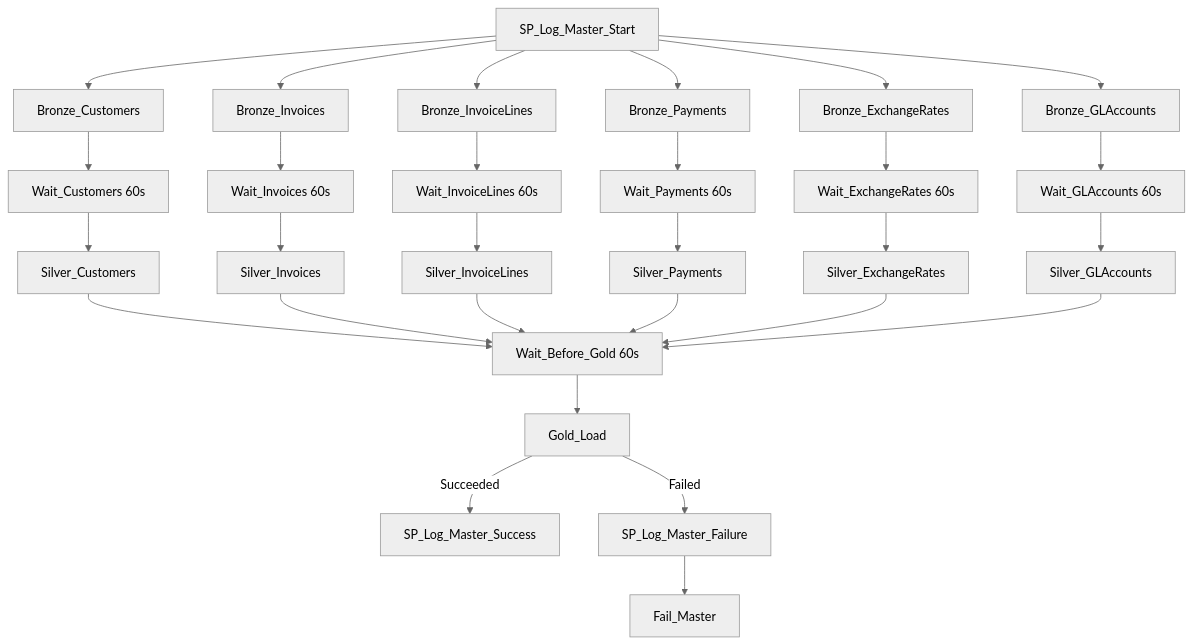
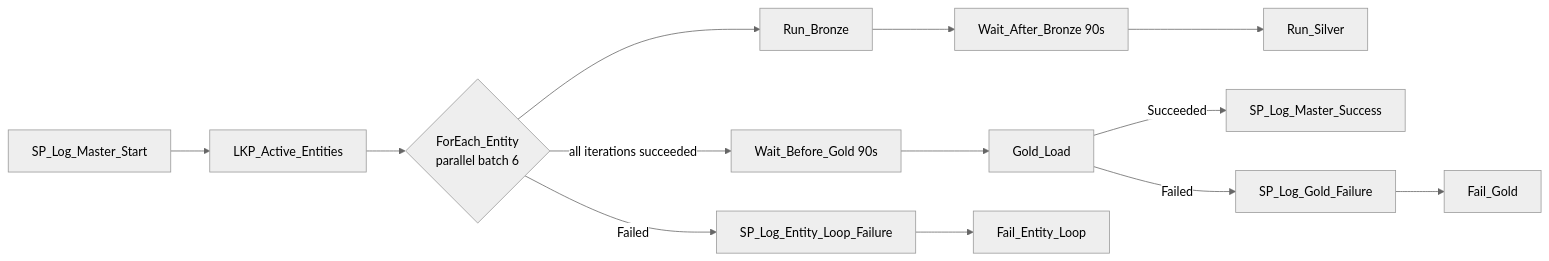
Before and after one commit to hSushmithaShetty13/fabric-finance-poc-practice: the diagram in 04-pipelines/pl_master_orchestrator.md, drawn with Mermaid (neutral theme). The commit also changed other lines of this file and 5 other files, not shown here.

````diff
--- a/04-pipelines/pl_master_orchestrator.md
+++ b/04-pipelines/pl_master_orchestrator.md
@@ -16,13 +17,13 @@
 ```mermaid
-flowchart TB
-    Start[SP_Log_Master_Start] --> BC[Bronze_Customers] & BI[Bronze_Invoices] & BL[Bronze_InvoiceLines] & BP[Bronze_Payments] & BE[Bronze_ExchangeRates] & BG[Bronze_GLAccounts]
-    BC --> WC[Wait_Customers 60s] --> SC[Silver_Customers]
-    BI --> WI[Wait_Invoices 60s] --> SI[Silver_Invoices]
-    BL --> WL[Wait_InvoiceLines 60s] --> SL[Silver_InvoiceLines]
-    BP --> WP[Wait_Payments 60s] --> SP[Silver_Payments]
-    BE --> WE[Wait_ExchangeRates 60s] --> SE[Silver_ExchangeRates]
-    BG --> WG[Wait_GLAccounts 60s] --> SG[Silver_GLAccounts]
-    SC & SI & SL & SP & SE & SG --> WBG[Wait_Before_Gold 60s] --> Gold[Gold_Load]
+flowchart LR
+    Start[SP_Log_Master_Start] --> Lookup[LKP_Active_Entities]
+    Lookup --> Loop{ForEach_Entity\nparallel batch 6}
+    Loop --> Bronze[Run_Bronze]
+    Bronze --> WaitEntity[Wait_After_Bronze 90s]
+    WaitEntity --> Silver[Run_Silver]
+    Loop -->|all iterations succeeded| WaitGold[Wait_Before_Gold 90s]
+    WaitGold --> Gold[Gold_Load]
     Gold -->|Succeeded| Success[SP_Log_Master_Success]
-    Gold -->|Failed| Failure[SP_Log_Master_Failure] --> Fail[Fail_Master]
+    Loop -->|Failed| LoopLog[SP_Log_Entity_Loop_Failure] --> LoopFail[Fail_Entity_Loop]
+    Gold -->|Failed| GoldLog[SP_Log_Gold_Failure] --> GoldFail[Fail_Gold]
 ```
````
